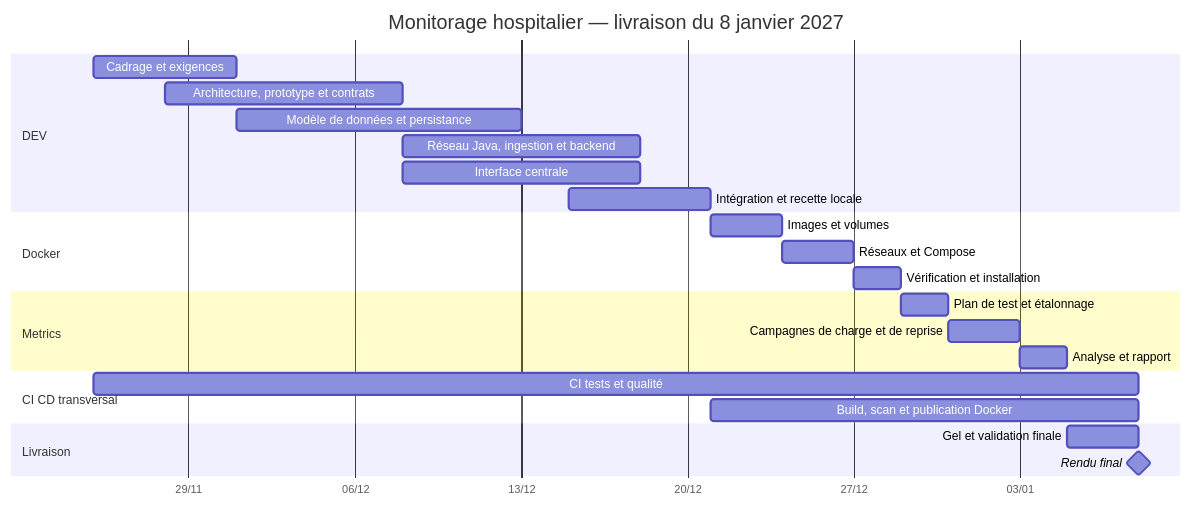
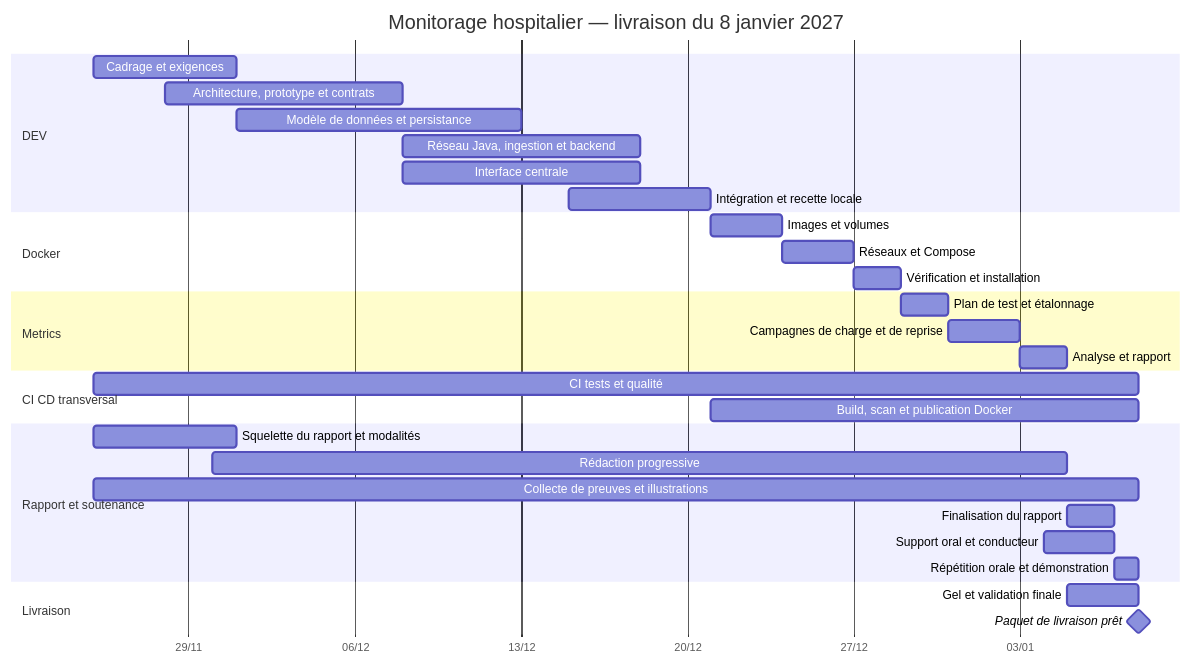
One commit to Hicha-m/simulation-remote-medical-monitoring changed the diagram in docs/analyse/monitorage-hospitalier/13-pilotage-projet/03-gantt-generique.md. Above: the diagram before and after it, drawn with Mermaid. The commit also changed other lines of this file, not shown here.

Commit message:
docs: integrate report and oral defense preparation into Gantt

```diff
--- a/docs/analyse/monitorage-hospitalier/13-pilotage-projet/03-gantt-generique.md
+++ b/docs/analyse/monitorage-hospitalier/13-pilotage-projet/03-gantt-generique.md
@@ -62,32 +69,40 @@
 ~~~mermaid
 gantt
     title Monitorage hospitalier — livraison du 8 janvier 2027
     dateFormat YYYY-MM-DD
     axisFormat %d/%m
 
     section DEV
     Cadrage et exigences                  :a1, 2026-11-25, 6d
     Architecture, prototype et contrats  :a2, 2026-11-28, 10d
     Modèle de données et persistance      :a3, 2026-12-01, 12d
     Réseau Java, ingestion et backend     :a4, 2026-12-08, 10d
     Interface centrale                    :a5, 2026-12-08, 10d
     Intégration et recette locale         :a6, 2026-12-15, 6d
 
     section Docker
     Images et volumes                     :b1, 2026-12-21, 3d
     Réseaux et Compose                    :b2, 2026-12-24, 3d
     Vérification et installation          :b3, 2026-12-27, 2d
 
     section Metrics
     Plan de test et étalonnage            :c1, 2026-12-29, 2d
     Campagnes de charge et de reprise     :c2, 2026-12-31, 3d
     Analyse et rapport                    :c3, 2027-01-03, 2d
 
     section CI CD transversal
     CI tests et qualité                   :d1, 2026-11-25, 2027-01-08
     Build, scan et publication Docker     :d2, 2026-12-21, 18d
 
+    section Rapport et soutenance
+    Squelette du rapport et modalités      :r1, 2026-11-25, 6d
+    Rédaction progressive                 :r2, 2026-11-30, 36d
+    Collecte de preuves et illustrations  :r3, 2026-11-25, 44d
+    Finalisation du rapport                :r4, 2027-01-05, 2d
+    Support oral et conducteur             :r5, 2027-01-04, 3d
+    Répétition orale et démonstration       :r6, 2027-01-07, 1d
+
     section Livraison
     Gel et validation finale              :e1, 2027-01-05, 3d
-    Rendu final                           :milestone, e2, 2027-01-08, 0d
+    Paquet de livraison prêt               :milestone, e2, 2027-01-08, 0d
 ~~~
```
